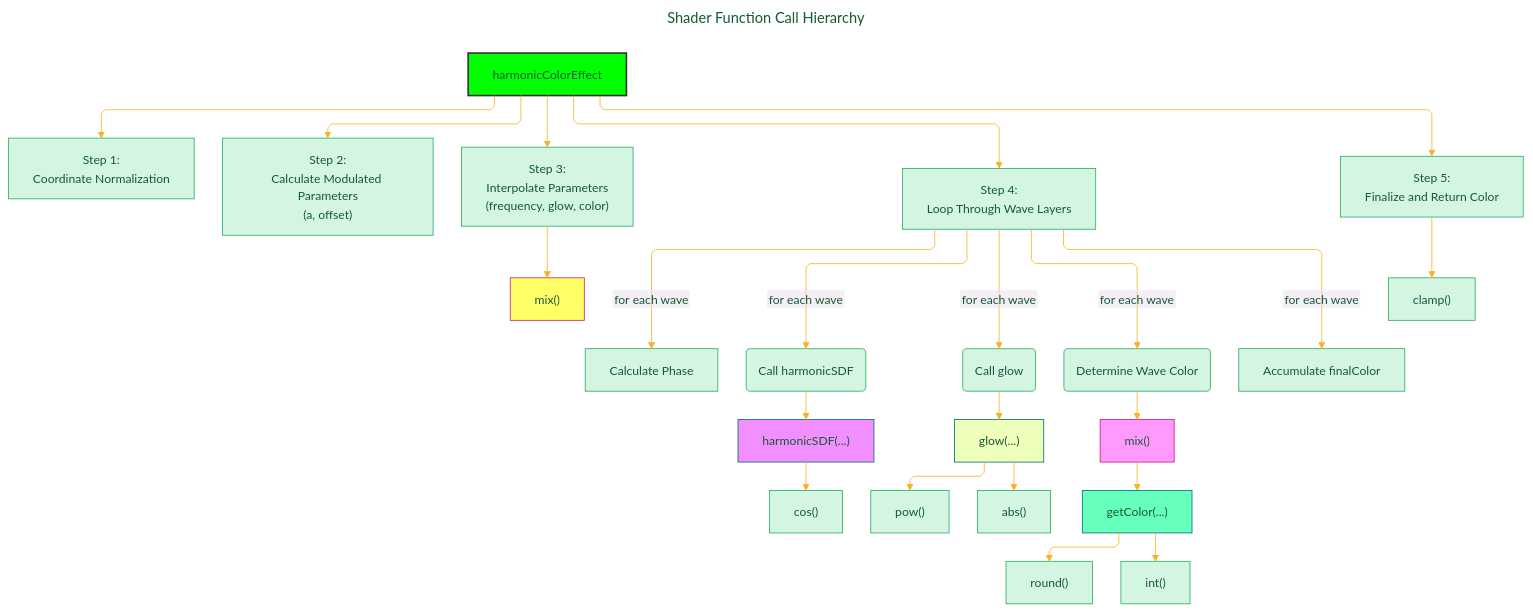
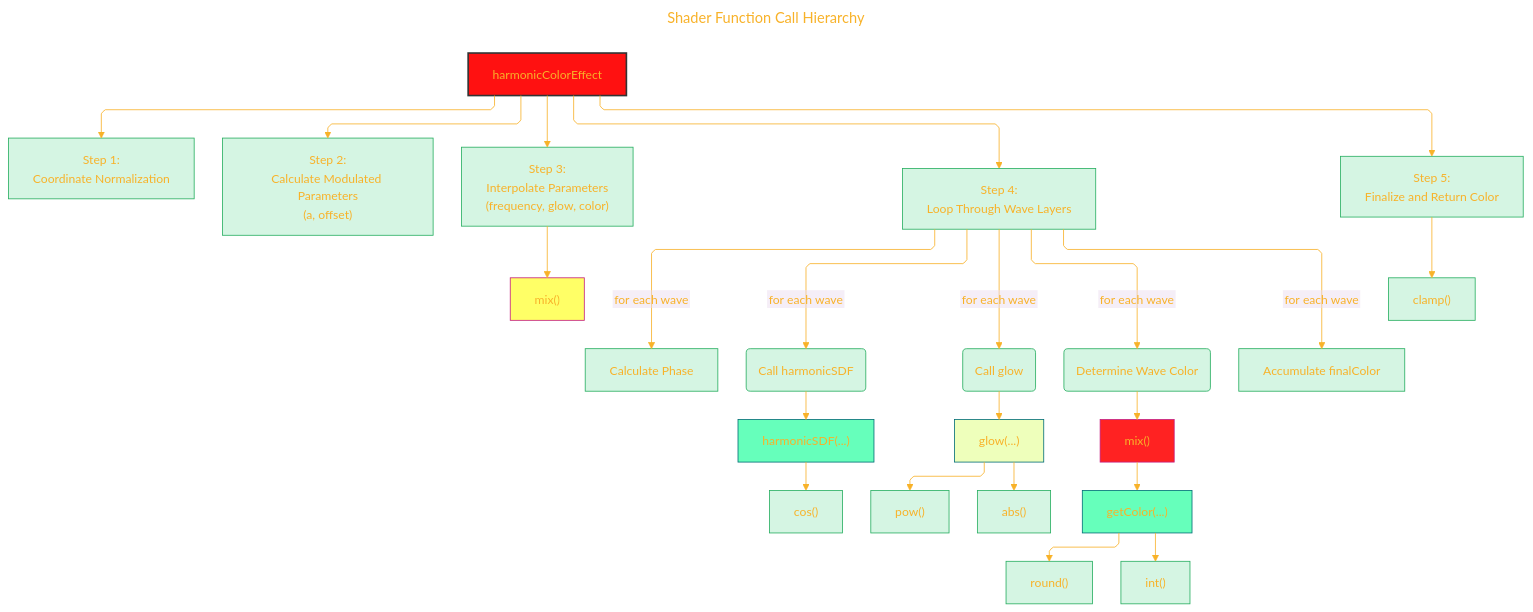
One commit to CongLeSolutionX/Harmonic_Shaders changed the second of 9 diagrams in DOCUMENTATION_Draft_1.md. Above: the diagram before and after it, drawn with Mermaid. The commit also changed other lines of this file, not shown here.

````diff
--- a/DOCUMENTATION_Draft_1.md
+++ b/DOCUMENTATION_Draft_1.md
@@ -117,66 +117,66 @@
 ```mermaid
 ---
 title: "Shader Function Call Hierarchy"
 author: "Cong Le"
 version: "1.0"
 license(s): "MIT, CC BY 4.0"
 copyright: "Copyright (c) 2025 Cong Le. All Rights Reserved."
 config:
   layout: elk
   theme: base
 ---
 %%%%%%%% Mermaid version v11.4.1-b.14
 %%%%%%%% Available curve styles include the following keywords:
 %% basis, bumpX, bumpY, cardinal, catmullRom, linear, monotoneX, monotoneY, natural, step, stepAfter, stepBefore.
 %%{
   init: {
     'flowchart': { 'htmlLabels': false, 'curve': 'linear' },
     'fontFamily': 'Monaco',
     'themeVariables': {
       'primaryColor': '#D5F5E3',
-      'primaryTextColor': '#145A32',
+      'primaryTextColor': '#F8B229',
       'lineColor': '#F8B229',
       'primaryBorderColor': '#27AE60',
       'secondaryColor': '#EBDEF0',
       'secondaryTextColor': '#6C3483',
       'secondaryBorderColor': '#A569BD',
       'fontSize': '15px'
     }
   }
 }%%
 graph TD
     HCE["harmonicColorEffect"] --> NORM["Step 1:<br/>Coordinate Normalization"]
     HCE --> MOD["Step 2:<br/>Calculate Modulated Parameters<br/>(a, offset)"]
     HCE --> INTERP["Step 3:<br/>Interpolate Parameters<br/>(frequency, glow, color)"]
     INTERP --> MIXF["mix()"]
 
     HCE --> LOOP["Step 4:<br/>Loop Through Wave Layers"]
     LOOP -- "for each wave" --> PHASE["Calculate Phase"]
     LOOP -- "for each wave" --> CALL_SDF("Call harmonicSDF")
     CALL_SDF --> SDF["harmonicSDF(...)"]
     SDF --> COS["cos()"]
 
     LOOP -- "for each wave" --> CALL_GLOW("Call glow")
     CALL_GLOW --> GLW["glow(...)"]
     GLW --> POW["pow()"]
     GLW --> ABS["abs()"]
 
     LOOP -- "for each wave" --> CALL_COLOR("Determine Wave Color")
     CALL_COLOR --> MIXC["mix()"]
     MIXC --> GC["getColor(...)"]
     GC --> ROUND["round()"]
     GC --> INT["int()"]
 
     LOOP -- "for each wave" --> ACCUM["Accumulate finalColor"]
 
     HCE --> FINAL["Step 5:<br/>Finalize and Return Color"]
     FINAL --> CLAMP["clamp()"]
 
-    style HCE fill:#0f0,stroke:#333,stroke-width:2px
-    style SDF fill:#e6fb,stroke:#006d75,stroke-width:1px
+    style HCE fill:#F11,stroke:#333,stroke-width:2px
+    style SDF fill:#6fb,stroke:#006d75,stroke-width:1px
     style GLW fill:#efb,stroke:#006d75,stroke-width:1px
     style GC fill:#6fb,stroke:#006d75,stroke-width:1px
     style MIXF fill:#ff6,stroke:#c41d7f,stroke-width:1px
-    style MIXC fill:#f0f6,stroke:#c41d7f,stroke-width:1px
+    style MIXC fill:#f22,stroke:#c41d7f,stroke-width:1px
     
 ```
````
